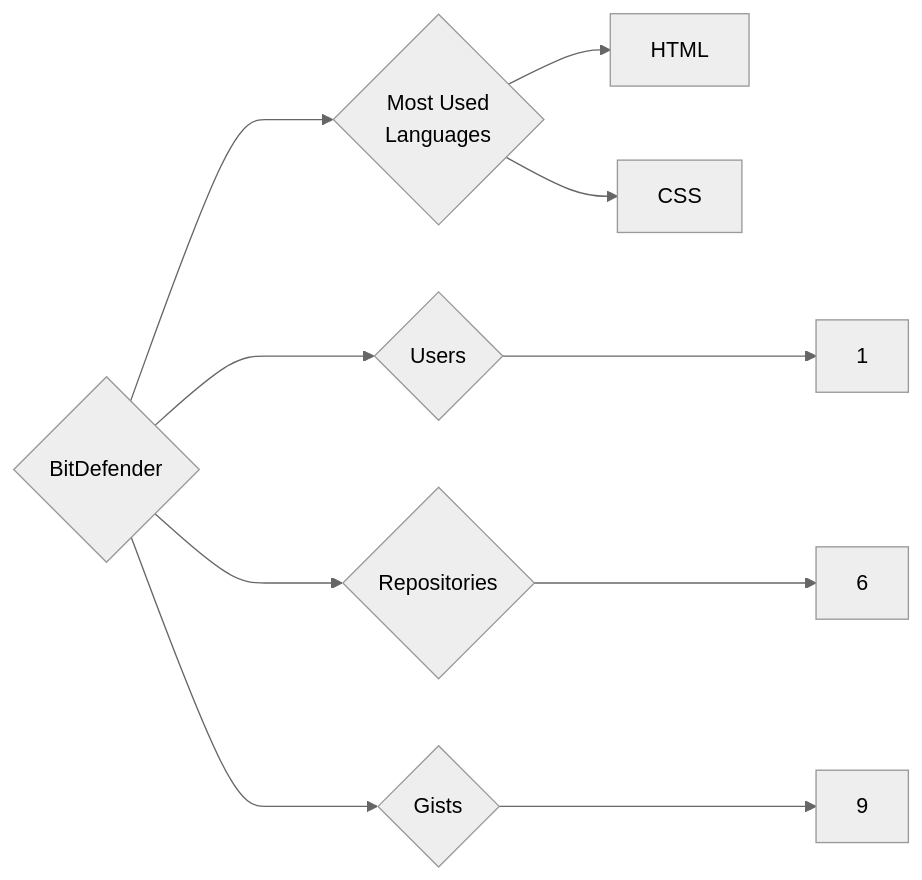
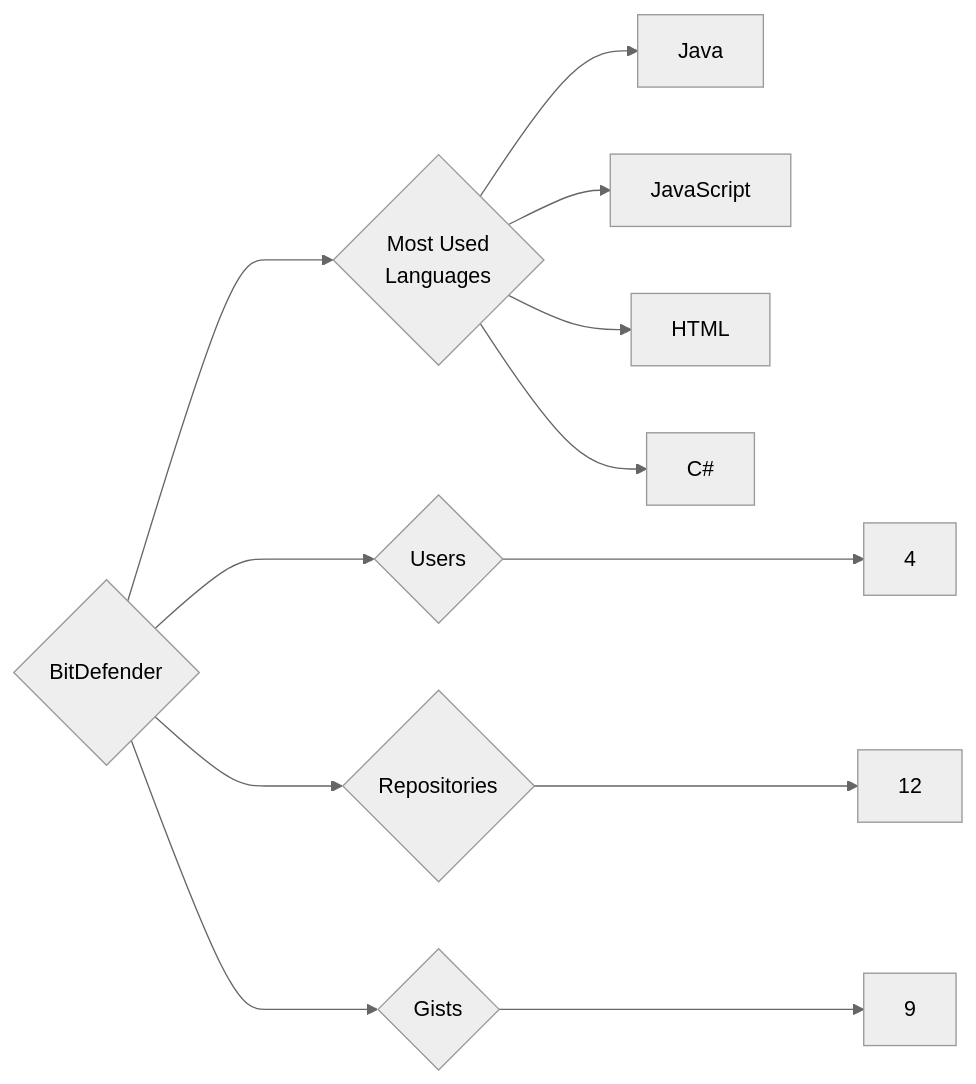
One commit to trickest/insiders changed the diagram in targets/BitDefender/README.md. Above: the diagram before and after it, drawn with Mermaid (neutral theme). The commit also changed 1314 other files, not shown here.

````diff
--- a/targets/BitDefender/README.md
+++ b/targets/BitDefender/README.md
@@ -3,10 +3,12 @@
 ```mermaid
 graph LR
 COMPANY_NAME{BitDefender}
-COMPANY_NAME ---> U{Users} ---> UN[1]
-COMPANY_NAME ---> R{Repositories} ---> RN[6]
+COMPANY_NAME ---> U{Users} ---> UN[4]
+COMPANY_NAME ---> R{Repositories} ---> RN[12]
 COMPANY_NAME ---> G{Gists} ---> GN[9]
 COMPANY_NAME ---> ML{Most Used<br>Languages}
+ML --> Java[Java]
+ML --> JavaScript[JavaScript]
 ML --> HTML[HTML]
-ML --> CSS[CSS]
+ML --> C#[C#]
 ```
````
